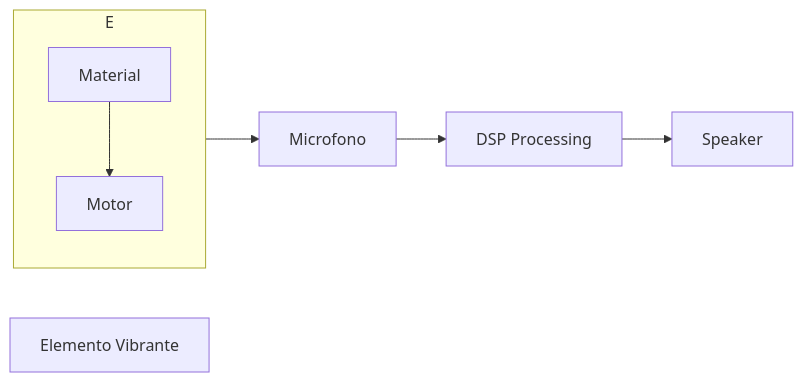
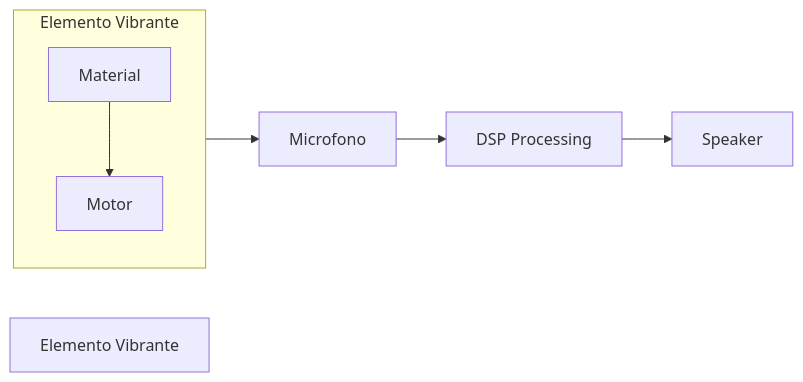
The diagram in README.md (Hortus-Deliciarum/docz), drawn with Mermaid before and after one commit.

Commit message:
update info

````diff
--- a/README.md
+++ b/README.md
@@ -5,14 +5,13 @@
 ```mermaid
 flowchart LR
     A["Elemento Vibrante"]
     B["Microfono"]
     C["DSP Processing"]
     D["Speaker"]
-    E["Elemento Vibrante"]
 
-    subgraph E
+    subgraph E["Elemento Vibrante"]
         Material-->Motor
     end
 
     E --> B --> C --> D
 ```
````
